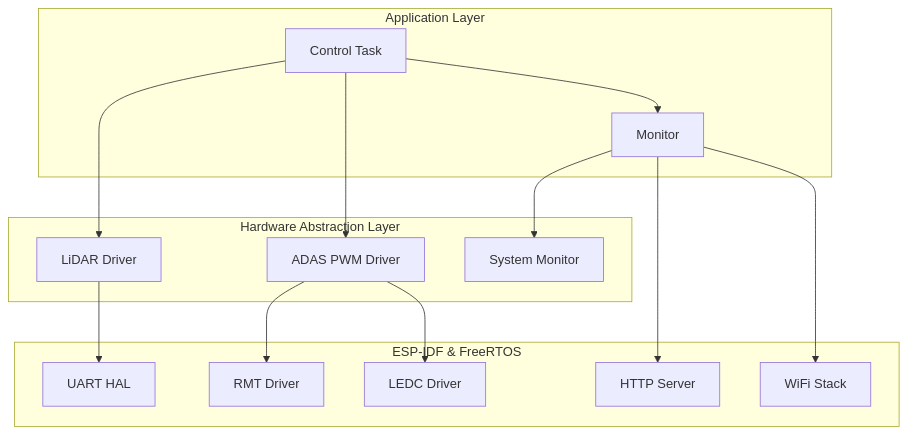
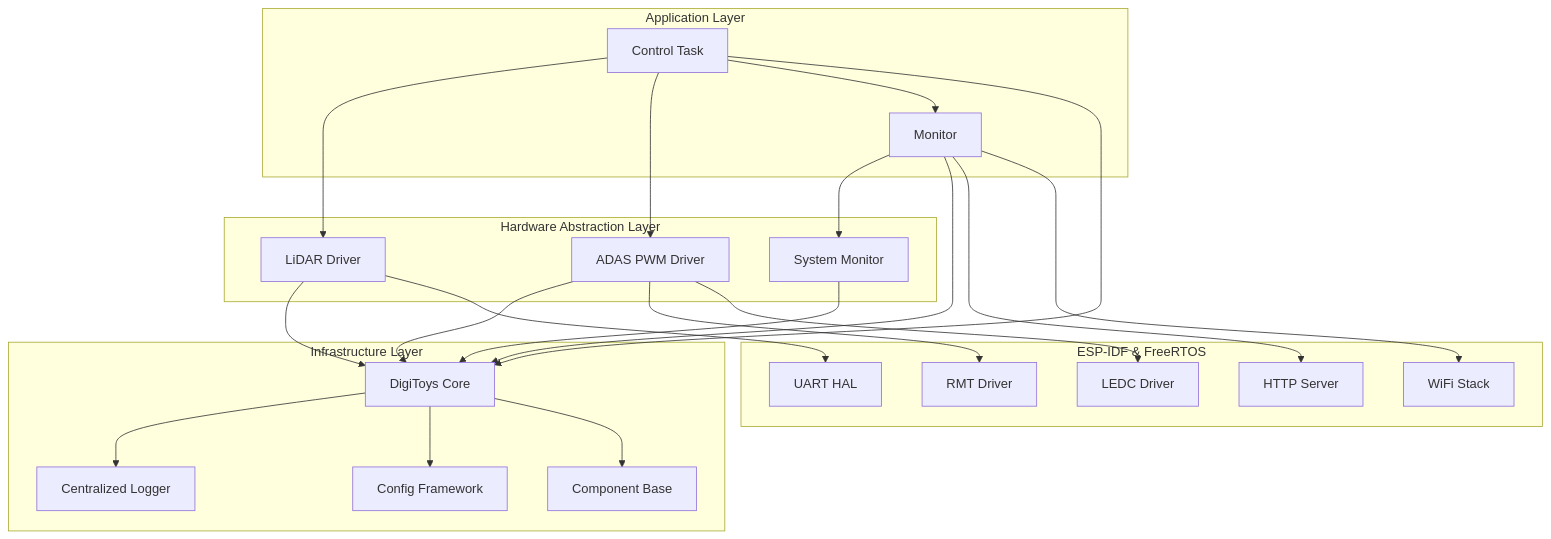
Before and after one commit to Nowass/digitoys-firmware: the first of 6 diagrams in doc/architecture-overview.md, drawn with Mermaid. The commit also changed other lines of this file and 10 other files, not shown here.

````diff
--- a/doc/architecture-overview.md
+++ b/doc/architecture-overview.md
@@ -17,31 +17,49 @@
 ```mermaid
 graph TB
     subgraph "Application Layer"
         CT[Control Task]
         MON[Monitor]
     end
     
     subgraph "Hardware Abstraction Layer"
         LD[LiDAR Driver]
         PWM[ADAS PWM Driver]
         SYS[System Monitor]
+    end
+    
+    subgraph "Infrastructure Layer"
+        CORE[DigiToys Core]
+        LOG[Centralized Logger]
+        CFG[Config Framework]
+        BASE[Component Base]
     end
     
     subgraph "ESP-IDF & FreeRTOS"
         UART[UART HAL]
         RMT[RMT Driver]
         LEDC[LEDC Driver]
         HTTP[HTTP Server]
         WIFI[WiFi Stack]
     end
     
     CT --> LD
     CT --> PWM
     CT --> MON
     MON --> SYS
+    
+    CT --> CORE
+    LD --> CORE
+    PWM --> CORE
+    MON --> CORE
+    SYS --> CORE
+    
+    CORE --> LOG
+    CORE --> CFG
+    CORE --> BASE
+    
     LD --> UART
     PWM --> RMT
     PWM --> LEDC
     MON --> HTTP
     MON --> WIFI
 ```
````
